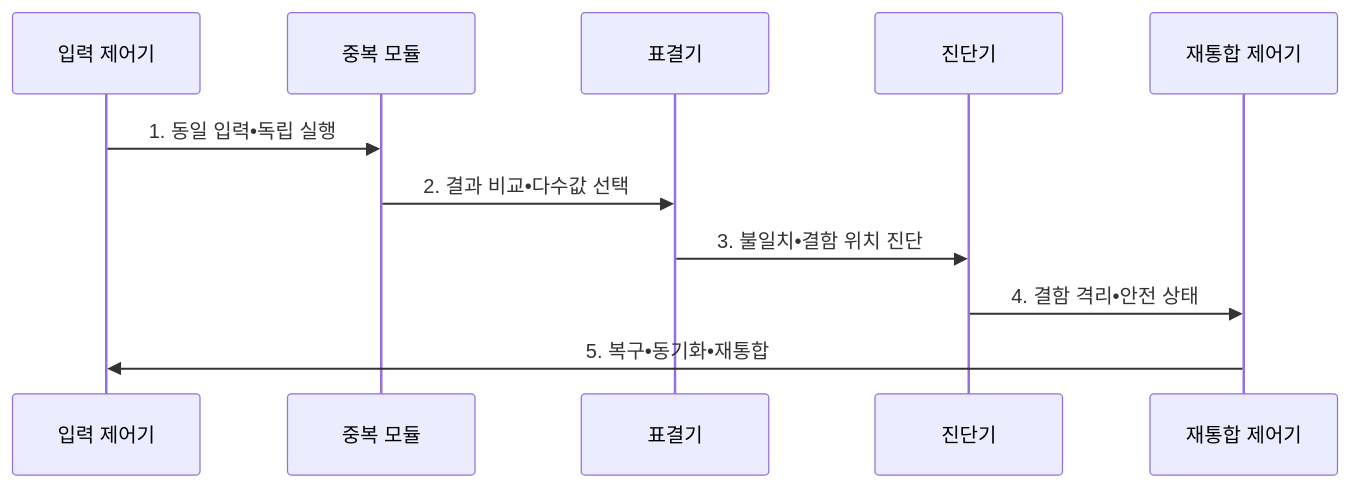
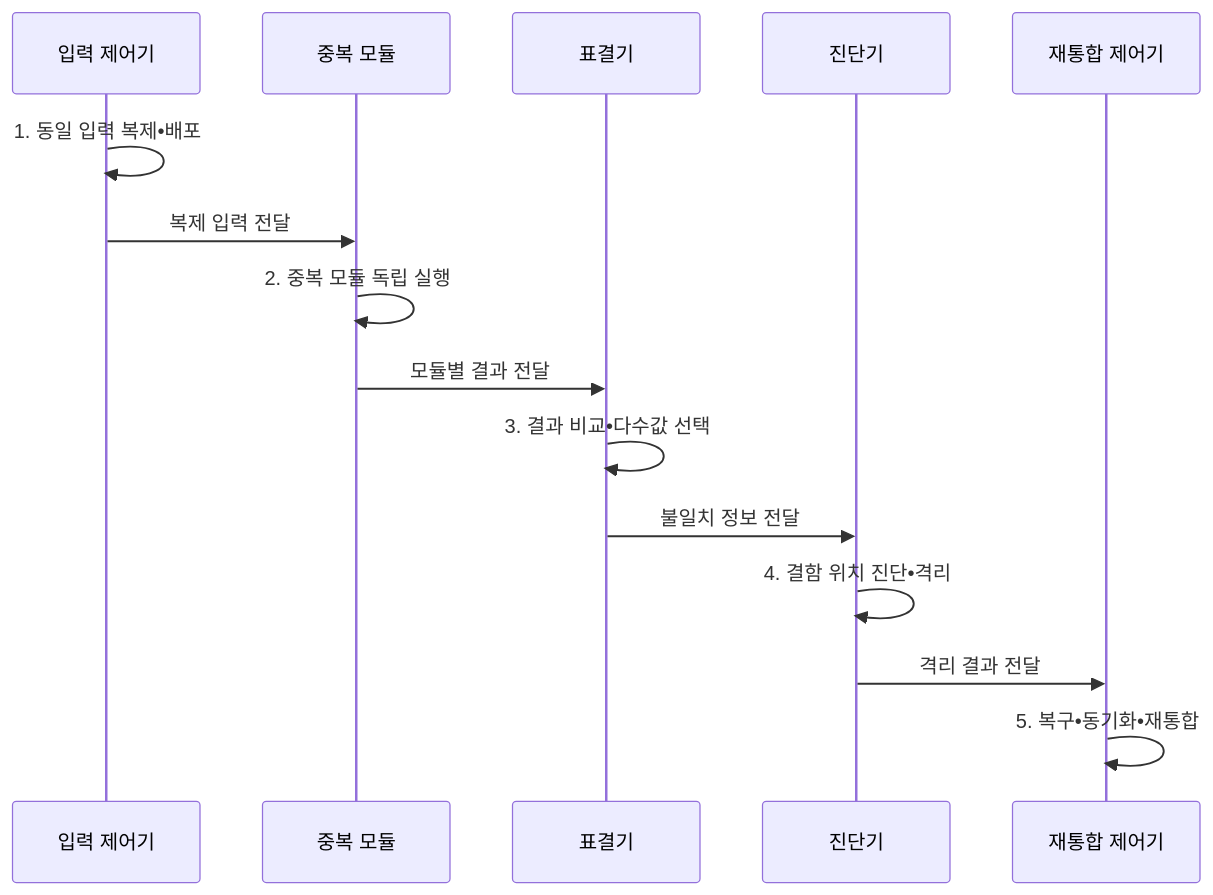
The second of 2 diagrams in src/content/docs/notes/06-evaluation/023_fault_tolerant_system.md (agnusdei1207/knowledge-base), drawn with Mermaid before and after one commit. The commit also changed other lines of this file and 20 other files, not shown here.

````diff
--- a/src/content/docs/notes/06-evaluation/023_fault_tolerant_system.md
+++ b/src/content/docs/notes/06-evaluation/023_fault_tolerant_system.md
@@ -104,13 +104,17 @@
 ```mermaid
 sequenceDiagram
   participant I as 입력 제어기
   participant M as 중복 모듈
   participant V as 표결기
   participant D as 진단기
   participant R as 재통합 제어기
-  I->>M: 1. 동일 입력•독립 실행
-  M->>V: 2. 결과 비교•다수값 선택
-  V->>D: 3. 불일치•결함 위치 진단
-  D->>R: 4. 결함 격리•안전 상태
-  R->>I: 5. 복구•동기화•재통합
+  I->>I: 1. 동일 입력 복제•배포
+  I->>M: 복제 입력 전달
+  M->>M: 2. 중복 모듈 독립 실행
+  M->>V: 모듈별 결과 전달
+  V->>V: 3. 결과 비교•다수값 선택
+  V->>D: 불일치 정보 전달
+  D->>D: 4. 결함 위치 진단•격리
+  D->>R: 격리 결과 전달
+  R->>R: 5. 복구•동기화•재통합
 ```
````
